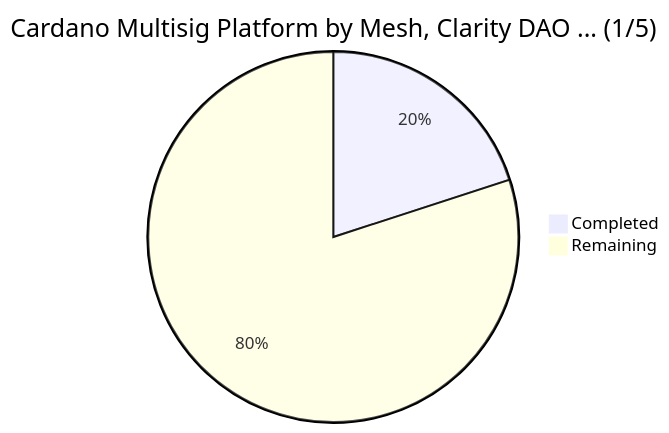
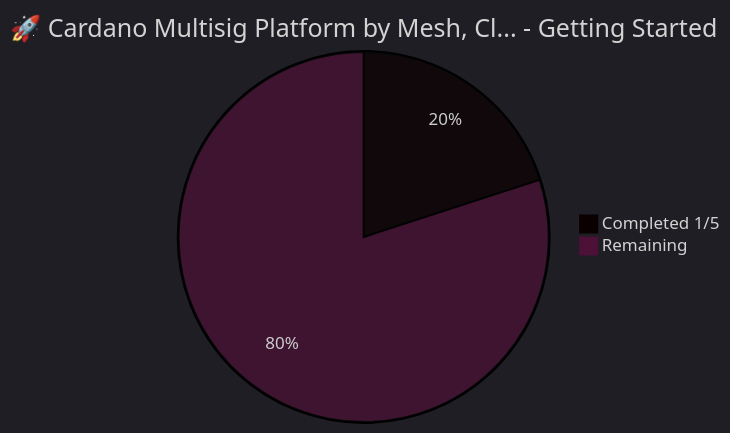
One commit to Andre-Diamond/test changed the ninth of 10 diagrams in README.md. Above: the diagram before and after it, drawn with Mermaid. The commit also changed other lines of this file, not shown here.

Commit message:
Update MeshJS Catalyst Projects README

````diff
--- a/README.md
+++ b/README.md
@@ -171,5 +237,7 @@
 ```mermaid
-pie title Cardano Multisig Platform by Mesh, Clarity DAO ... (1/5)
-    "Completed" : 1
+%%{init: {'theme':'dark'}}%%
+pie
+    title 🚀 Cardano Multisig Platform by Mesh, Cl... - Getting Started
+    "Completed 1/5" : 1
     "Remaining" : 4
 ```
````
